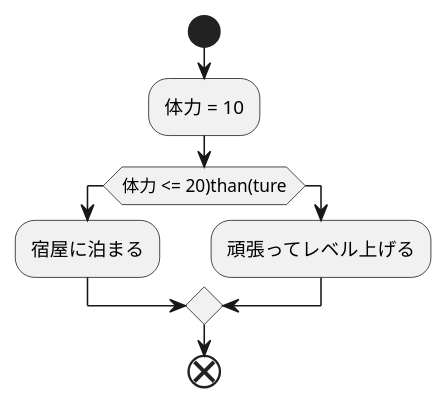
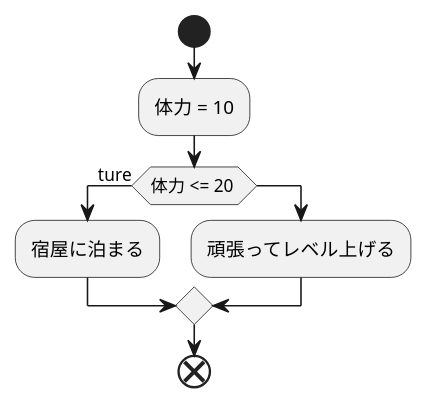
Before and after one commit to Aso2001181/2021sys-design: the diagram in tairyoku.md, drawn with PlantUML.

````diff
--- a/tairyoku.md
+++ b/tairyoku.md
@@ -1,13 +1,13 @@
 ```uml
 @startuml
 start
 :体力 = 10;
-if(体力 <= 20)than(ture)
+if(体力 <= 20 )then(ture)
 :宿屋に泊まる;
 else
 :頑張ってレベル上げる;
 endif
 
 end
 @enduml
 ```
````
